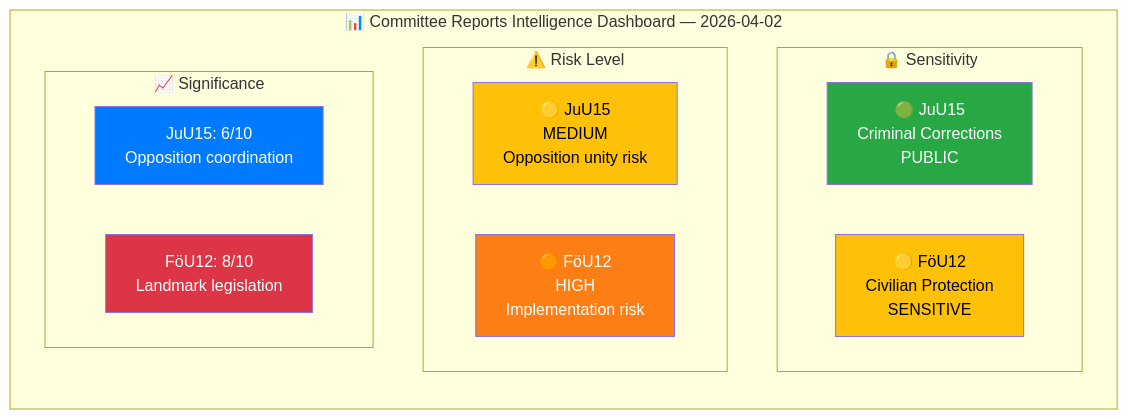
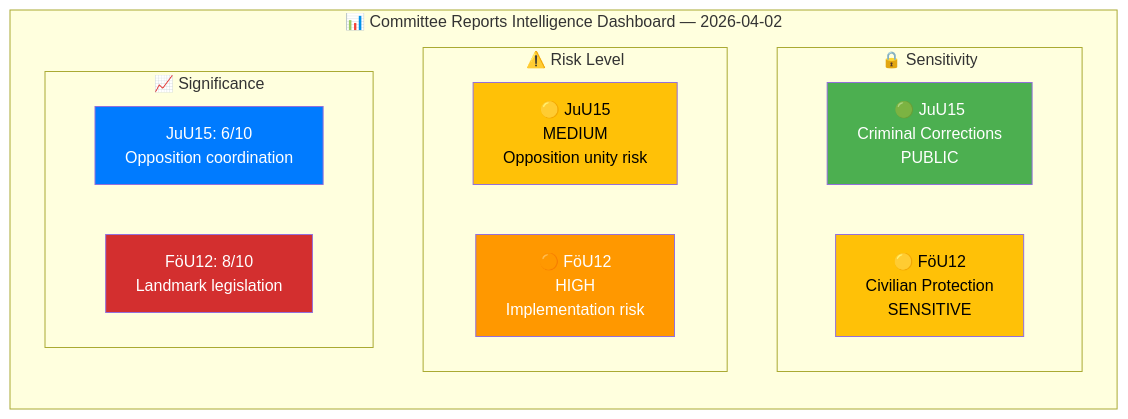
One commit to Hack23/riksdagsmonitor changed the first of 2 diagrams in analysis/daily/2026-04-03/committeeReports/synthesis-summary.md. Above: the diagram before and after it, drawn with Mermaid. The commit also changed other lines of this file and 785 other files, not shown here.

First line of the commit message:
Normalize mermaid colors across 786 analysis artifacts to ISMS Style Guide palette

````diff
--- a/analysis/daily/2026-04-03/committeeReports/synthesis-summary.md
+++ b/analysis/daily/2026-04-03/committeeReports/synthesis-summary.md
@@ -18,25 +18,25 @@
 ```mermaid
 graph TD
     subgraph "📊 Committee Reports Intelligence Dashboard — 2026-04-02"
         direction TB
         subgraph "🔒 Sensitivity"
             SEN1["🟢 JuU15<br/>Criminal Corrections<br/>PUBLIC"]
             SEN2["🟡 FöU12<br/>Civilian Protection<br/>SENSITIVE"]
         end
         subgraph "⚠️ Risk Level"
             RSK1["🟡 JuU15<br/>MEDIUM<br/>Opposition unity risk"]
             RSK2["🟠 FöU12<br/>HIGH<br/>Implementation risk"]
         end
         subgraph "📈 Significance"
             SIG1["JuU15: 6/10<br/>Opposition coordination"]
             SIG2["FöU12: 8/10<br/>Landmark legislation"]
         end
     end
 
-    style SEN1 fill:#28a745,color:#fff
-    style SEN2 fill:#ffc107,color:#000
-    style RSK1 fill:#ffc107,color:#000
-    style RSK2 fill:#fd7e14,color:#fff
-    style SIG1 fill:#007bff,color:#fff
-    style SIG2 fill:#dc3545,color:#fff
+    style SEN1 fill:#4CAF50,color:#FFFFFF
+    style SEN2 fill:#FFC107,color:#000000
+    style RSK1 fill:#FFC107,color:#000000
+    style RSK2 fill:#FF9800,color:#FFFFFF
+    style SIG1 fill:#007bff,color:#FFFFFF
+    style SIG2 fill:#D32F2F,color:#FFFFFF
 ```
````
